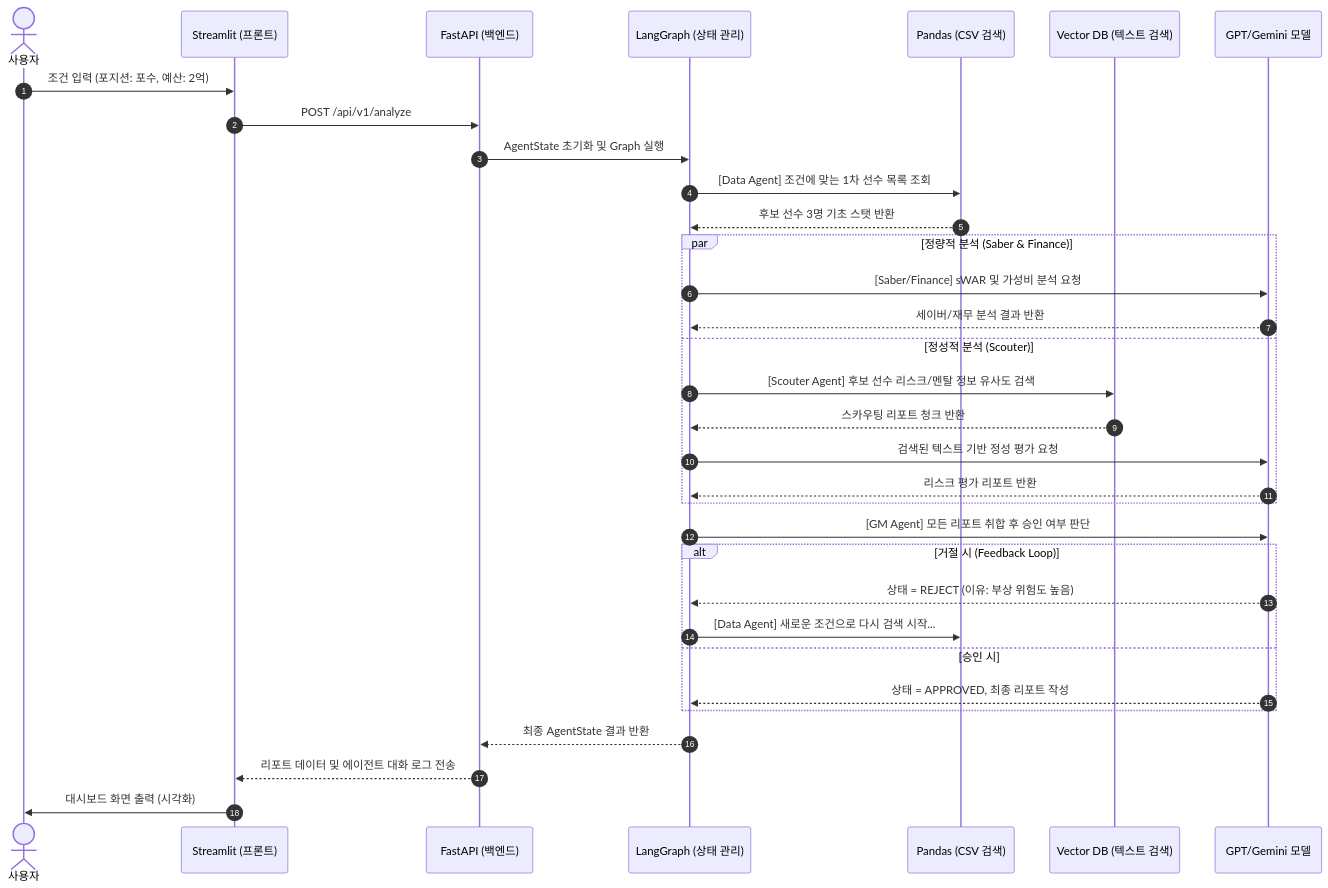
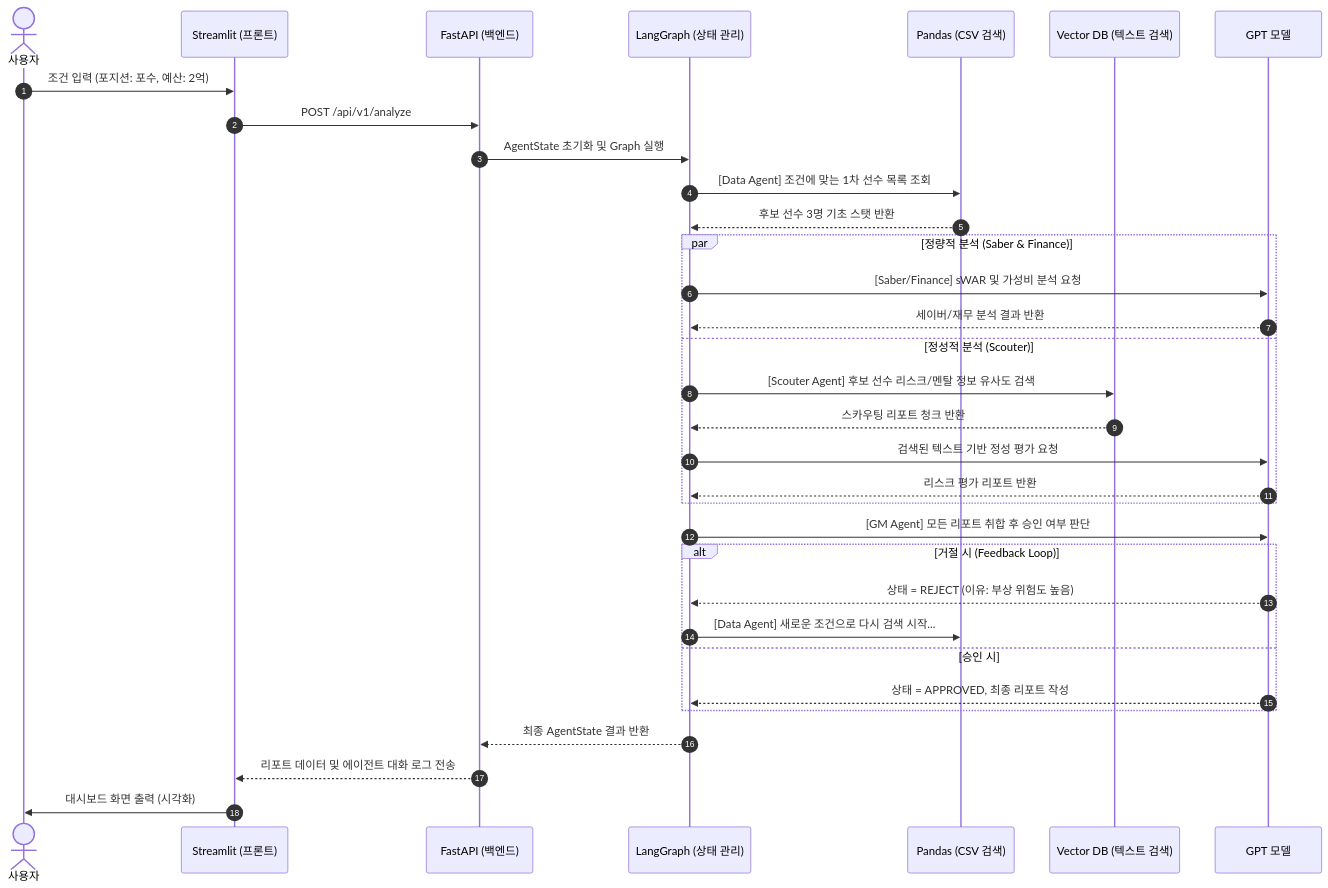
The diagram in README2.md (nomad4u/nomad4u), drawn with Mermaid before and after one commit.

Commit message:
Update README2.md
gemini 삭제

````diff
--- a/README2.md
+++ b/README2.md
@@ -1,44 +1,44 @@
 ```mermaid
 sequenceDiagram
     autonumber
     actor User as 사용자
     participant UI as Streamlit (프론트)
     participant API as FastAPI (백엔드)
     participant Graph as LangGraph (상태 관리)
     participant Tool as Pandas (CSV 검색)
     participant RAG as Vector DB (텍스트 검색)
-    participant LLM as GPT/Gemini 모델
+    participant LLM as GPT 모델
 
     User->>UI: 조건 입력 (포지션: 포수, 예산: 2억)
     UI->>API: POST /api/v1/analyze
     API->>Graph: AgentState 초기화 및 Graph 실행
     
     %% 데이터 수집 단계
     Graph->>Tool: [Data Agent] 조건에 맞는 1차 선수 목록 조회
     Tool-->>Graph: 후보 선수 3명 기초 스탯 반환
     
     %% 병렬 분석 단계 (RAG 및 스탯 분석)
     par 정량적 분석 (Saber & Finance)
         Graph->>LLM: [Saber/Finance] sWAR 및 가성비 분석 요청
         LLM-->>Graph: 세이버/재무 분석 결과 반환
     and 정성적 분석 (Scouter)
         Graph->>RAG: [Scouter Agent] 후보 선수 리스크/멘탈 정보 유사도 검색
         RAG-->>Graph: 스카우팅 리포트 청크 반환
         Graph->>LLM: 검색된 텍스트 기반 정성 평가 요청
         LLM-->>Graph: 리스크 평가 리포트 반환
     end
     
     %% GM 의사결정
     Graph->>LLM: [GM Agent] 모든 리포트 취합 후 승인 여부 판단
     
     alt 거절 시 (Feedback Loop)
         LLM-->>Graph: 상태 = REJECT (이유: 부상 위험도 높음)
         Graph->>Tool: [Data Agent] 새로운 조건으로 다시 검색 시작...
     else 승인 시
         LLM-->>Graph: 상태 = APPROVED, 최종 리포트 작성
     end
     
     Graph-->>API: 최종 AgentState 결과 반환
     API-->>UI: 리포트 데이터 및 에이전트 대화 로그 전송
     UI->>User: 대시보드 화면 출력 (시각화)
 ```
````
